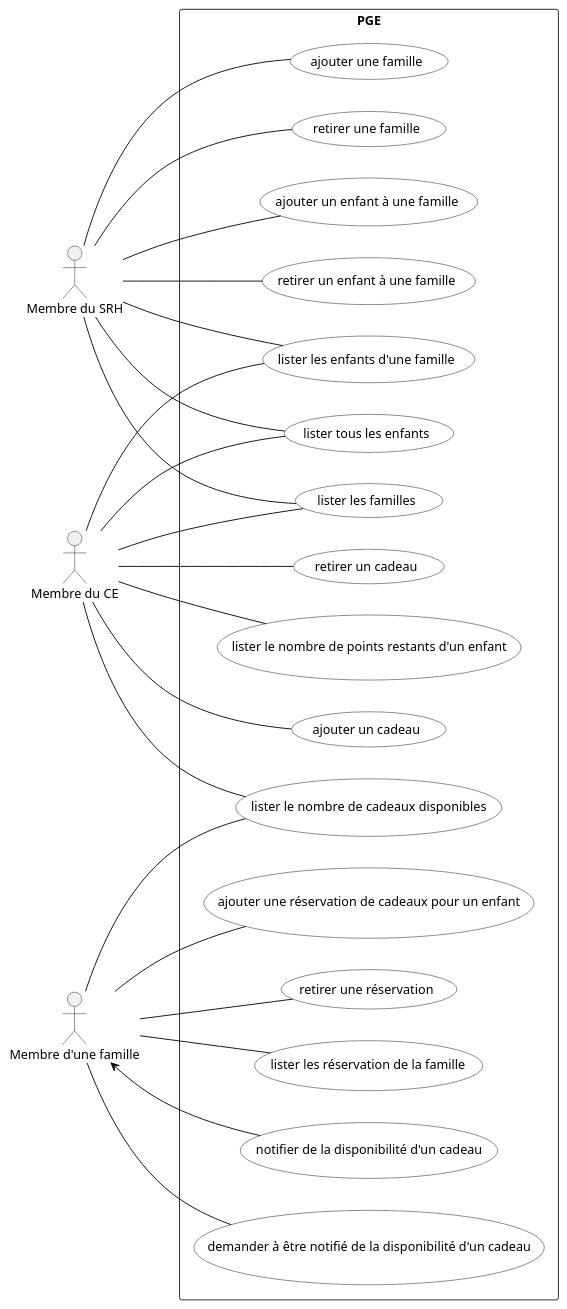
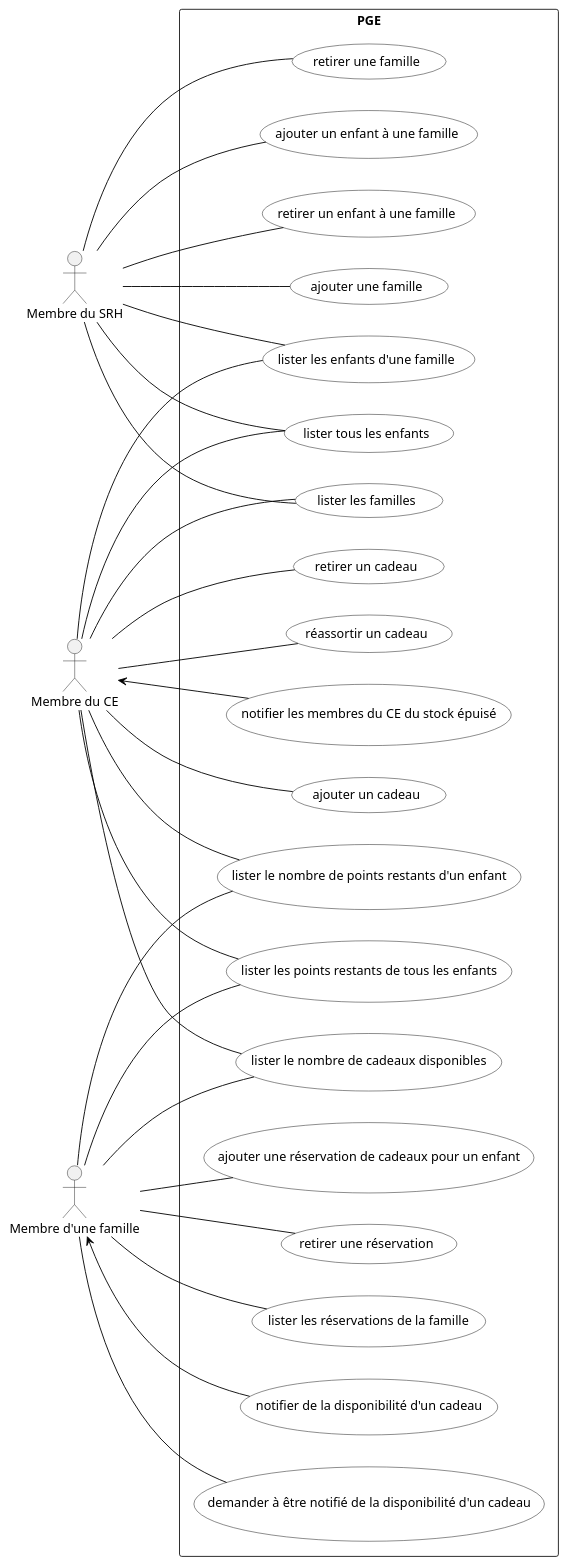
One commit to yasminebelmaaziz/dev_logiciel changed the diagram in Diagrammes/pge_uml_diag_cas_utilisation.pu. Above: the diagram before and after it, drawn with PlantUML. The commit also changed 9 other files, not shown here.

Commit message:
dernières modifs : méthodes de listage manquantes, et diagramme uc màj, correction des invariants

```diff
--- a/Diagrammes/pge_uml_diag_cas_utilisation.pu
+++ b/Diagrammes/pge_uml_diag_cas_utilisation.pu
@@ -1,42 +1,48 @@
 @startuml
 skinparam usecase {
 BackgroundColor White
 BorderColor Black
 ArrowColor Black
 ActorBackgroundColor<< Human >> Gold
 }
 
 left to right direction
 
 actor RH as "Membre du SRH"
 actor CE as "Membre du CE"
 actor Famille as "Membre d'une famille"
 
 rectangle "PGE" {
 :RH: -- (ajouter une famille)
 :RH: -- (retirer une famille)
 :RH: -- (lister les familles)
 :RH: -- (ajouter un enfant à une famille)
 :RH: -- (retirer un enfant à une famille)
 :RH: -- (lister les enfants d'une famille)
 :RH: -- (lister tous les enfants)
 
 :CE: -- (lister tous les enfants)
 :CE: -- (lister les familles)
 :CE: -- (lister les enfants d'une famille)
 
 :CE: -- (ajouter un cadeau)
 :CE: -- (retirer un cadeau)
+:CE: -- (réassortir un cadeau)
 :CE: -- (lister le nombre de points restants d'un enfant)
+:CE: -- (lister les points restants de tous les enfants)
 :CE: -- (lister le nombre de cadeaux disponibles)
-:Famille: --(ajouter une réservation de cadeaux pour un enfant)
-:Famille: --(retirer une réservation)
-:Famille: --(lister le nombre de cadeaux disponibles)
-:Famille: --(lister les réservation de la famille)
+:CE: <-- (notifier les membres du CE du stock épuisé)
 
-:Famille: <--(notifier de la disponibilité d'un cadeau)
-:Famille: --(demander à être notifié de la disponibilité d'un cadeau)
+:Famille: -- (ajouter une réservation de cadeaux pour un enfant)
+:Famille: -- (retirer une réservation)
+:Famille: -- (lister le nombre de cadeaux disponibles)
+:Famille: -- (lister les réservations de la famille)
+:Famille: -- (lister le nombre de points restants d'un enfant)
+:Famille: -- (lister les points restants de tous les enfants)
+
+:Famille: <-- (notifier de la disponibilité d'un cadeau)
+:Famille: -- (demander à être notifié de la disponibilité d'un cadeau)
 
 
 }
 @enduml
```
